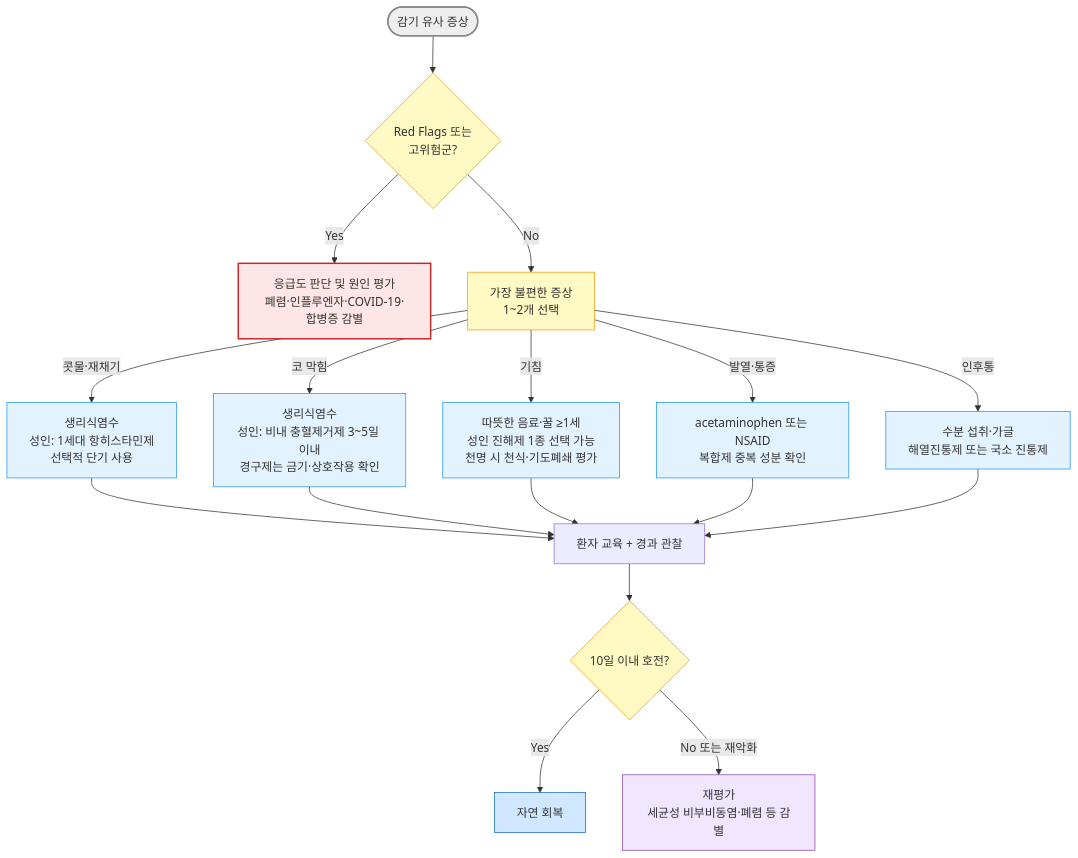
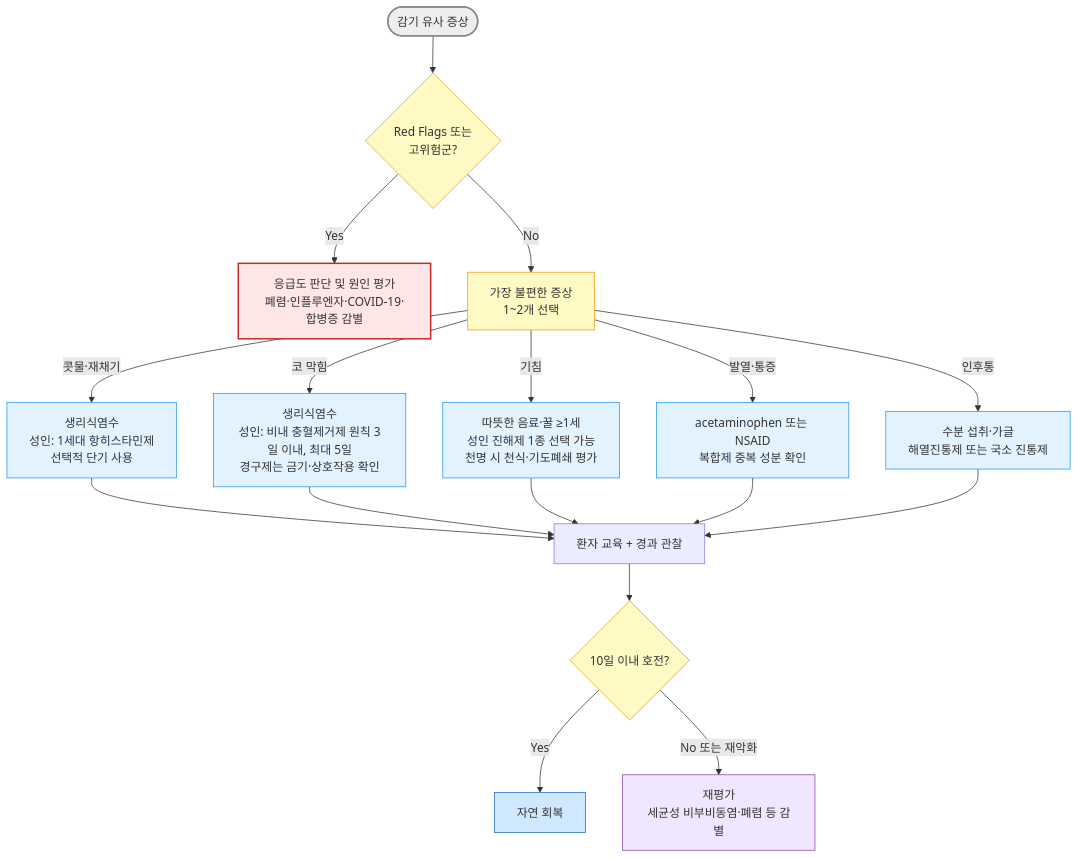
One commit to familyoh77/familyoh77 changed the diagram in 223_/060_-common-cold.md. Above: the diagram before and after it, drawn with Mermaid. The commit also changed other lines of this file and 2 other files, not shown here.

````diff
--- a/223_/060_-common-cold.md
+++ b/223_/060_-common-cold.md
@@ -133,35 +133,35 @@
 ```mermaid
 flowchart TD
     A(["감기 유사 증상"]) --> X{"Red Flags 또는<br/>고위험군?"}
     X -->|Yes| E["응급도 판단 및 원인 평가<br/>폐렴·인플루엔자·COVID-19·합병증 감별"]
     X -->|No| B["가장 불편한 증상<br/>1~2개 선택"]
 
     B -->|콧물·재채기| R["생리식염수<br/>성인: 1세대 항히스타민제<br/>선택적 단기 사용"]
 
-    B -->|코 막힘| C["생리식염수<br/>성인: 비내 충혈제거제 3~5일 이내<br/>경구제는 금기·상호작용 확인"]
+    B -->|코 막힘| C["생리식염수<br/>성인: 비내 충혈제거제 원칙 3일 이내, 최대 5일<br/>경구제는 금기·상호작용 확인"]
 
     B -->|기침| K["따뜻한 음료·꿀 ≥1세<br/>성인 진해제 1종 선택 가능<br/>천명 시 천식·기도폐쇄 평가"]
 
     B -->|발열·통증| F["acetaminophen 또는 NSAID<br/>복합제 중복 성분 확인"]
 
     B -->|인후통| S["수분 섭취·가글<br/>해열진통제 또는 국소 진통제"]
 
     R --> Z["환자 교육 + 경과 관찰"]
     C --> Z
     K --> Z
     F --> Z
     S --> Z
 
     Z --> Y{"10일 이내 호전?"}
     Y -->|Yes| END["자연 회복"]
     Y -->|No 또는 재악화| RE["재평가<br/>세균성 비부비동염·폐렴 등 감별"]
 
 style A fill:#eeeeee,stroke:#888888,stroke-width:2px
 style E fill:#ffe6e6,stroke:#c62828,stroke-width:2px
 classDef yellow fill:#fff9c4,stroke:#f39c12
 class X,B,Y yellow
 classDef sky fill:#e3f2ff,stroke:#2196f3
 class R,C,K,F,S sky
 style END fill:#d0e8ff,stroke:#1a6abf
 style RE fill:#f0e6ff,stroke:#8e44ad
 ```
````
